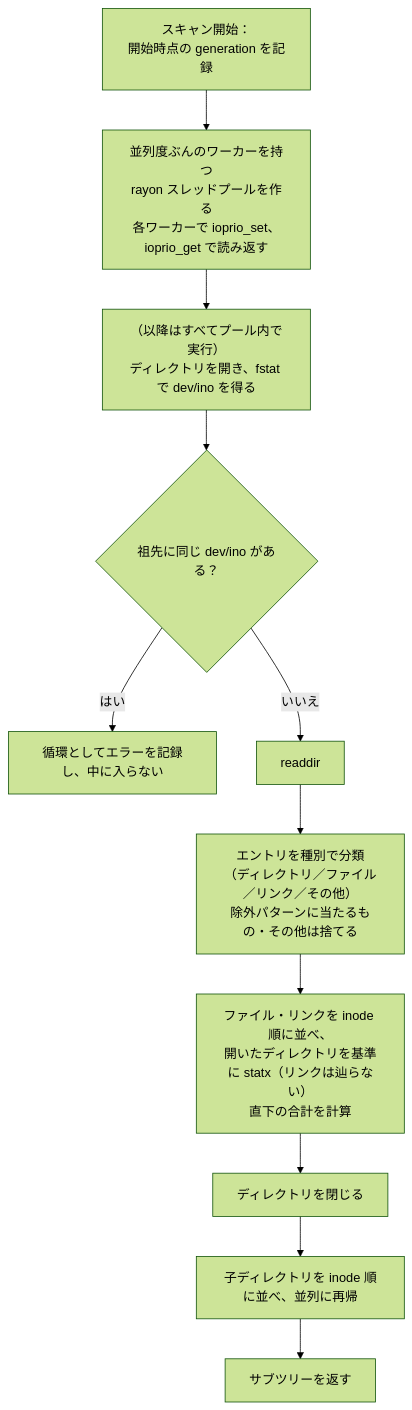
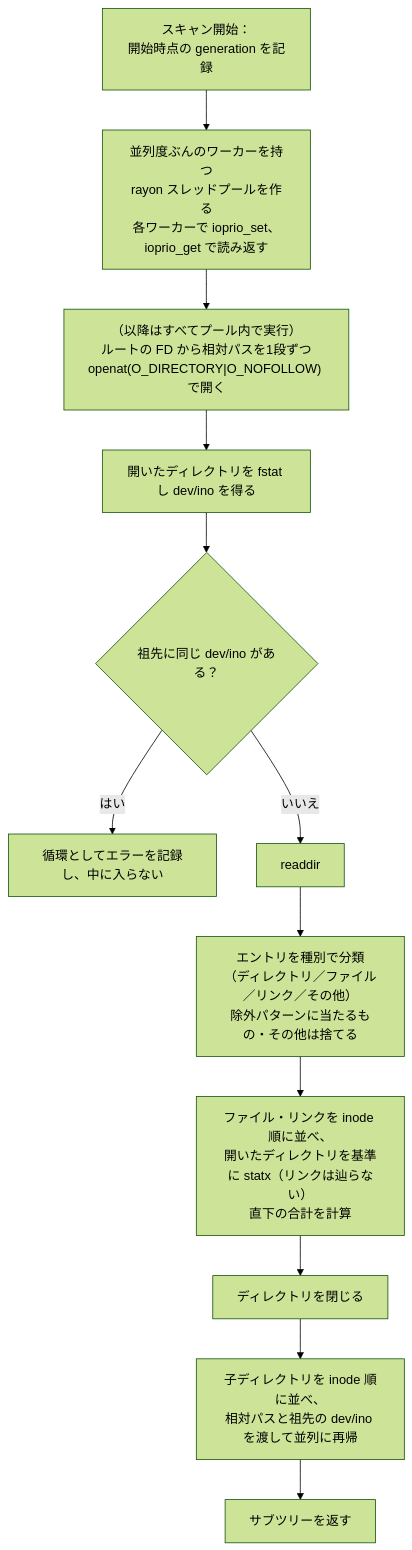
One commit to yumetodo/suminoe_file_server changed the third of 3 diagrams in doc/design/20261101_dir_scan_design.md. Above: the diagram before and after it, drawn with Mermaid (forest theme). The commit also changed other lines of this file, not shown here.

````diff
--- a/doc/design/20261101_dir_scan_design.md
+++ b/doc/design/20261101_dir_scan_design.md
@@ -164,13 +212,14 @@
 ```mermaid
 flowchart TD
     start["スキャン開始：<br>開始時点の generation を記録"] --> pool["並列度ぶんのワーカーを持つ<br>rayon スレッドプールを作る<br>各ワーカーで ioprio_set、ioprio_get で読み返す"]
-    pool --> open["（以降はすべてプール内で実行）<br>ディレクトリを開き、fstat で dev/ino を得る"]
-    open --> cycle{"祖先に同じ dev/ino がある？"}
+    pool --> open["（以降はすべてプール内で実行）<br>ルートの FD から相対パスを1段ずつ<br>openat(O_DIRECTORY|O_NOFOLLOW) で開く"]
+    open --> stat["開いたディレクトリを fstat し dev/ino を得る"]
+    stat --> cycle{"祖先に同じ dev/ino がある？"}
     cycle -->|はい| cyc["循環としてエラーを記録し、中に入らない"]
     cycle -->|いいえ| dir["readdir"]
     dir --> split["エントリを種別で分類<br>（ディレクトリ／ファイル／リンク／その他）<br>除外パターンに当たるもの・その他は捨てる"]
     split --> files["ファイル・リンクを inode 順に並べ、<br>開いたディレクトリを基準に statx（リンクは辿らない）<br>直下の合計を計算"]
     files --> close["ディレクトリを閉じる"]
-    close --> subdirs["子ディレクトリを inode 順に並べ、並列に再帰"]
+    close --> subdirs["子ディレクトリを inode 順に並べ、<br>相対パスと祖先の dev/ino を渡して並列に再帰"]
     subdirs --> done["サブツリーを返す"]
 ```
````
